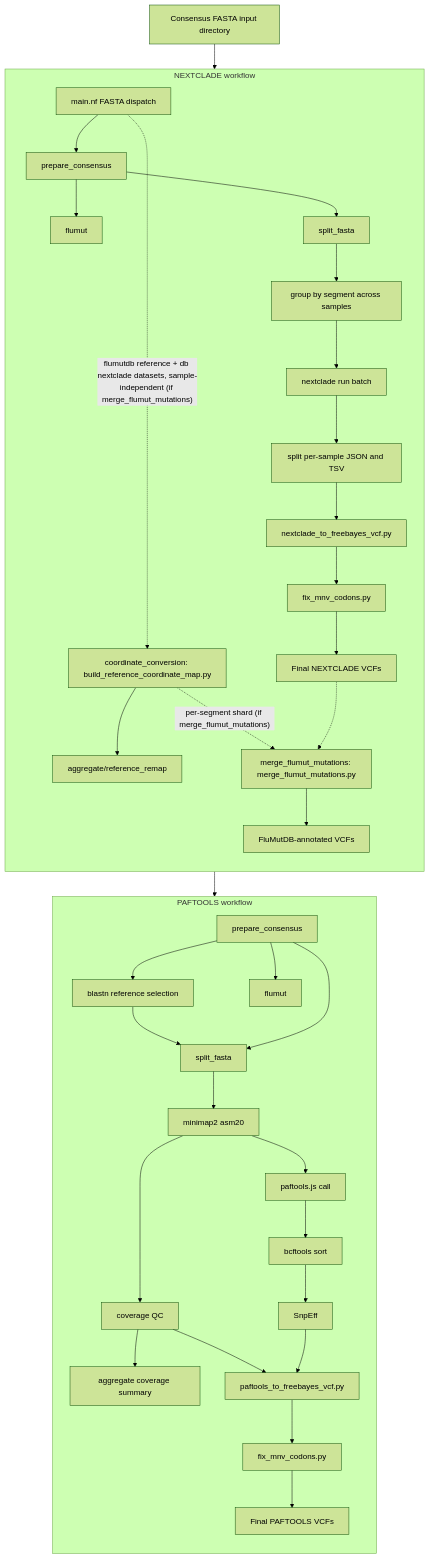
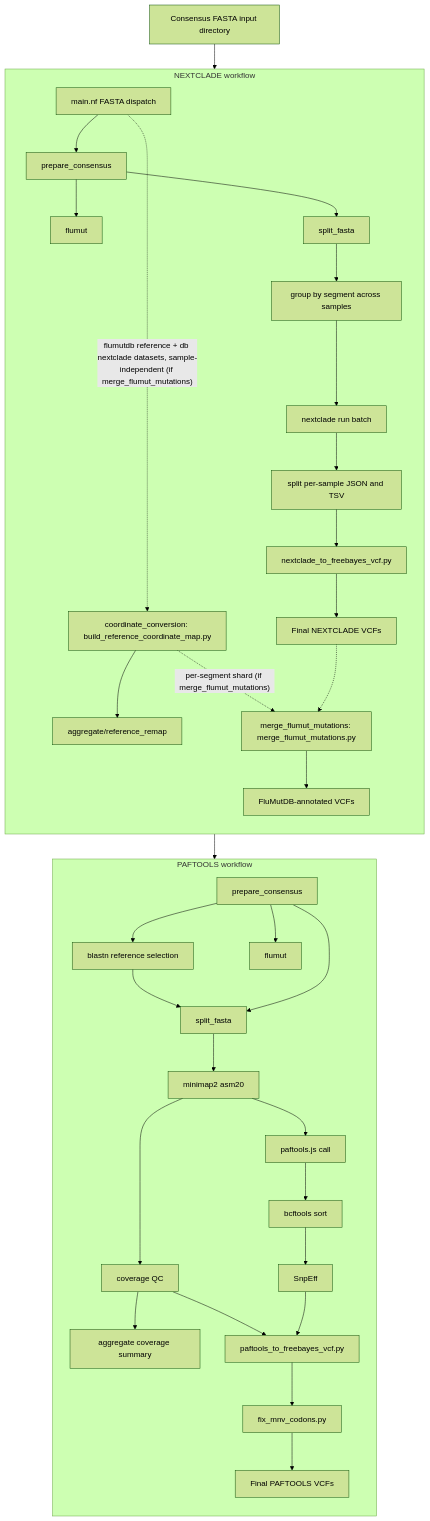
Before and after one commit to BCCDC-PHL/fluscan-nf: the diagram in README.md, drawn with Mermaid (forest theme). The commit also changed other lines of this file and 8 other files, not shown here.

First line of the commit message:
Correct MNV codons in the Nextclade VCF converter

````diff
--- a/README.md
+++ b/README.md
@@ -44,72 +43,70 @@
 ```mermaid
 flowchart TD
     input[Consensus FASTA input directory]
     dispatch[main.nf FASTA dispatch]
 
     input --> dispatch
     dispatch --> paftools_prepare
     dispatch --> nextclade_prepare
 
     subgraph PAFTOOLS[PAFTOOLS workflow]
         direction TB
         paftools_prepare[prepare_consensus]
         paftools_flumut[flumut]
         blastn[blastn reference selection]
         split_ref[split_fasta]
         minimap[minimap2 asm20]
         covqc[coverage QC]
         covagg[aggregate coverage summary]
         paftools_call[paftools.js call]
         sortvcf[bcftools sort]
         snpeff[SnpEff]
         paf2fb[paftools_to_freebayes_vcf.py]
         fixmnv_paf[fix_mnv_codons.py]
         paf_final[Final PAFTOOLS VCFs]
 
         paftools_prepare --> blastn
         paftools_prepare --> paftools_flumut
         paftools_prepare --> split_ref
         blastn --> split_ref
         split_ref --> minimap
         minimap --> covqc
         covqc --> covagg
         minimap --> paftools_call
         paftools_call --> sortvcf
         sortvcf --> snpeff
         snpeff --> paf2fb
         covqc --> paf2fb
         paf2fb --> fixmnv_paf
         fixmnv_paf --> paf_final
     end
 
     subgraph NEXTCLADE[NEXTCLADE workflow]
         direction TB
         nextclade_prepare[prepare_consensus]
         nextclade_flumut[flumut]
         split_consensus[split_fasta]
         groupseg[group by segment across samples]
         nc_run[nextclade run batch]
         split_results[split per-sample JSON and TSV]
         nc2vcf[nextclade_to_freebayes_vcf.py]
-        fixmnv_nc[fix_mnv_codons.py]
         nc_final[Final NEXTCLADE VCFs]
         coord_map[coordinate_conversion: build_reference_coordinate_map.py]
         coord_final[aggregate/reference_remap]
         flumut_merge[merge_flumut_mutations: merge_flumut_mutations.py]
         flumut_annotated[FluMutDB-annotated VCFs]
 
         nextclade_prepare --> nextclade_flumut
         nextclade_prepare --> split_consensus
         split_consensus --> groupseg
         groupseg --> nc_run
         nc_run --> split_results
         split_results --> nc2vcf
-        nc2vcf --> fixmnv_nc
-        fixmnv_nc --> nc_final
+        nc2vcf --> nc_final
         dispatch -.->|"flumutdb reference + db nextclade datasets, sample-independent (if merge_flumut_mutations)"| coord_map
         coord_map --> coord_final
         coord_map -.->|"per-segment shard (if merge_flumut_mutations)"| flumut_merge
         nc_final -.-> flumut_merge
         flumut_merge --> flumut_annotated
     end
 ```
````
